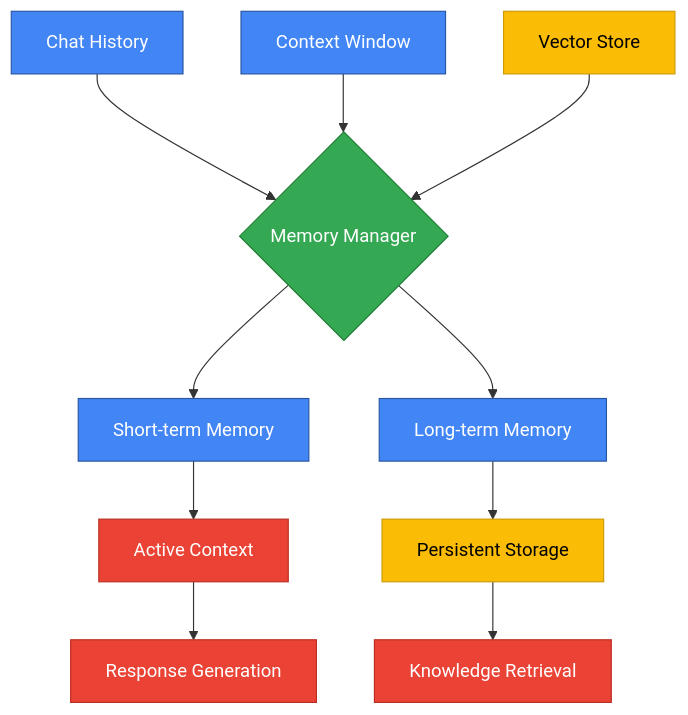
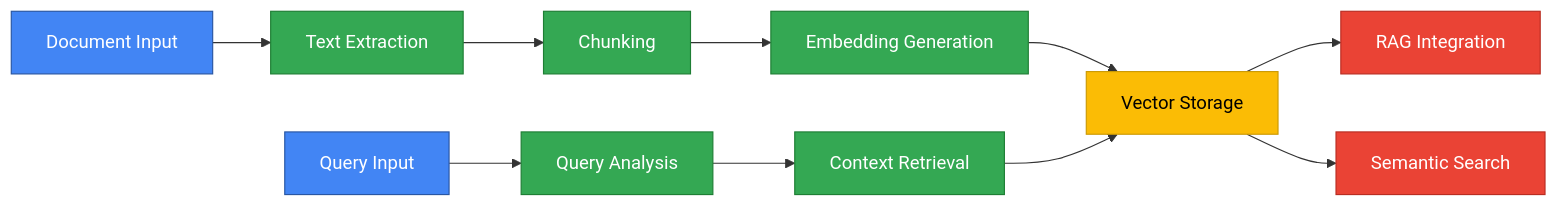
The third of 3 diagrams in README.md (khaosans/basic-chat), drawn with Mermaid before and after one commit. The commit also changed other lines of this file and 16 other files, not shown here.

Commit message:
Final cleanup, updated docs, diagrams, and tests passing. Ready for PR.

````diff
--- a/README.md
+++ b/README.md
@@ -84,21 +87,20 @@
 ```mermaid
-graph TD
+graph LR
     %% Color definitions
-    classDef memory fill:#4285f4,stroke:#2956a3,color:white
+    classDef input fill:#4285f4,stroke:#2956a3,color:white
     classDef process fill:#34a853,stroke:#1e7e34,color:white
     classDef storage fill:#fbbc05,stroke:#cc9a04,color:black
     classDef output fill:#ea4335,stroke:#b92d22,color:white
 
-    A[Chat History]:::memory --> B{Memory Manager}:::process
-    C[Context Window]:::memory --> B
-    D[Vector Store]:::storage --> B
+    A[Document Input]:::input --> B[Text Extraction]:::process
+    B --> C[Chunking]:::process
+    C --> D[Embedding Generation]:::process
+    D --> E[Vector Storage]:::storage
     
-    B --> E[Short-term Memory]:::memory
-    B --> F[Long-term Memory]:::memory
+    F[Query Input]:::input --> G[Query Analysis]:::process
+    G --> H[Context Retrieval]:::process
+    H --> E
     
-    E --> G[Active Context]:::output
-    F --> H[Persistent Storage]:::storage
-    
-    G --> I[Response Generation]:::output
-    H --> J[Knowledge Retrieval]:::output
+    E --> I[RAG Integration]:::output
+    E --> J[Semantic Search]:::output
 ```
````
